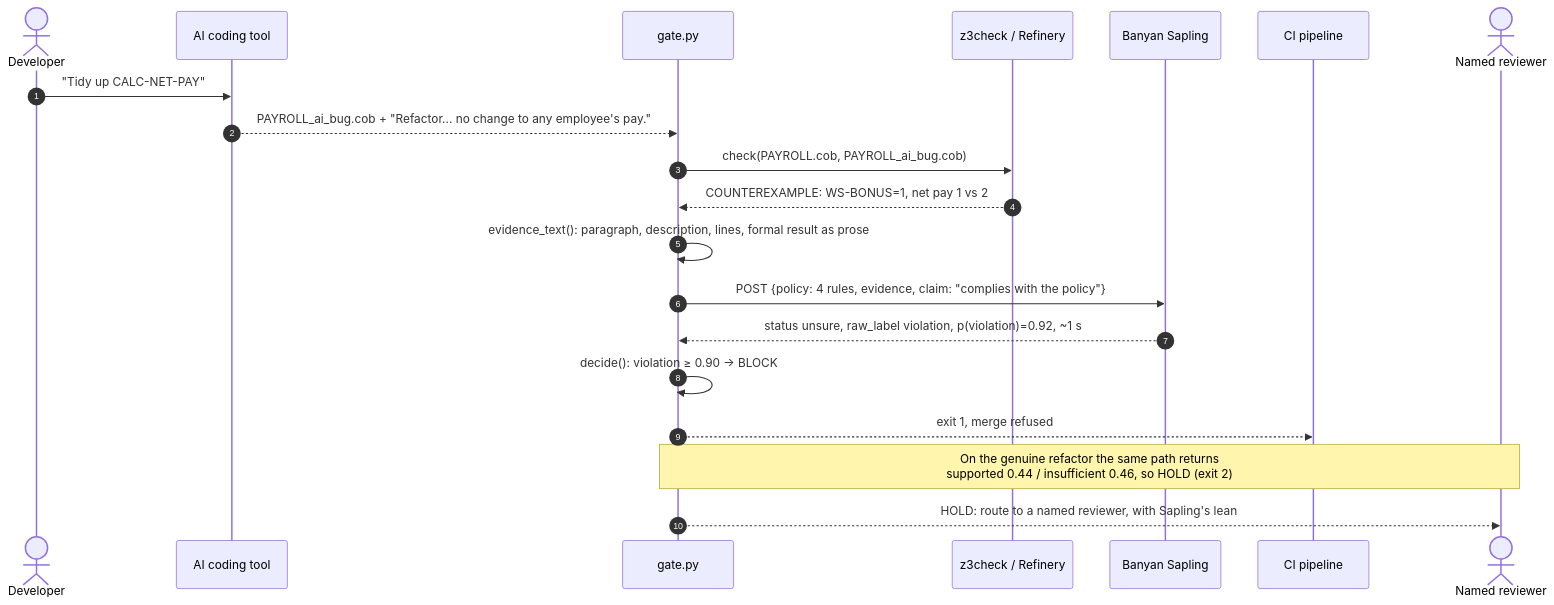
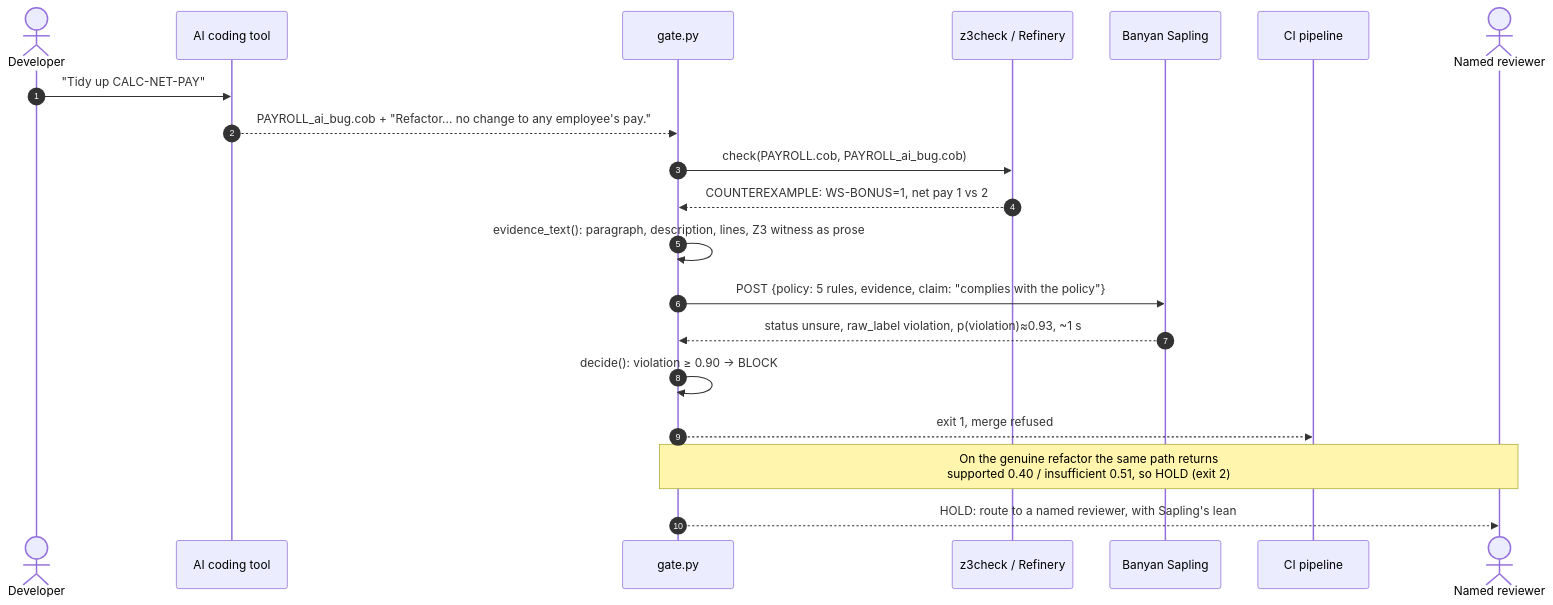
One commit to atiladeokegab/sapling-cobol-gate changed the fourth of 6 diagrams in docs/ARCHITECTURE.md. Above: the diagram before and after it, drawn with Mermaid. The commit also changed other lines of this file and 93 other files, not shown here.

First line of the commit message:
Held-out eval: 180 cases over 12 COBOL programs; policy v3 judges description accuracy

````diff
--- a/docs/ARCHITECTURE.md
+++ b/docs/ARCHITECTURE.md
@@ -151,23 +162,23 @@
 ```mermaid
 sequenceDiagram
     autonumber
     actor Dev as Developer
     participant AI as AI coding tool
     participant G as gate.py
     participant Z as z3check / Refinery
     participant S as Banyan Sapling
     participant CI as CI pipeline
     actor R as Named reviewer
 
     Dev->>AI: "Tidy up CALC-NET-PAY"
     AI-->>G: PAYROLL_ai_bug.cob + "Refactor... no change to any employee's pay."
     G->>Z: check(PAYROLL.cob, PAYROLL_ai_bug.cob)
     Z-->>G: COUNTEREXAMPLE: WS-BONUS=1, net pay 1 vs 2
-    G->>G: evidence_text(): paragraph, description, lines, formal result as prose
-    G->>S: POST {policy: 4 rules, evidence, claim: "complies with the policy"}
-    S-->>G: status unsure, raw_label violation, p(violation)=0.92, ~1 s
+    G->>G: evidence_text(): paragraph, description, lines, Z3 witness as prose
+    G->>S: POST {policy: 5 rules, evidence, claim: "complies with the policy"}
+    S-->>G: status unsure, raw_label violation, p(violation)≈0.93, ~1 s
     G->>G: decide(): violation ≥ 0.90 → BLOCK
     G-->>CI: exit 1, merge refused
-    Note over G,R: On the genuine refactor the same path returns<br/>supported 0.44 / insufficient 0.46, so HOLD (exit 2)
+    Note over G,R: On the genuine refactor the same path returns<br/>supported 0.40 / insufficient 0.51, so HOLD (exit 2)
     G-->>R: HOLD: route to a named reviewer, with Sapling's lean
 ```
````
